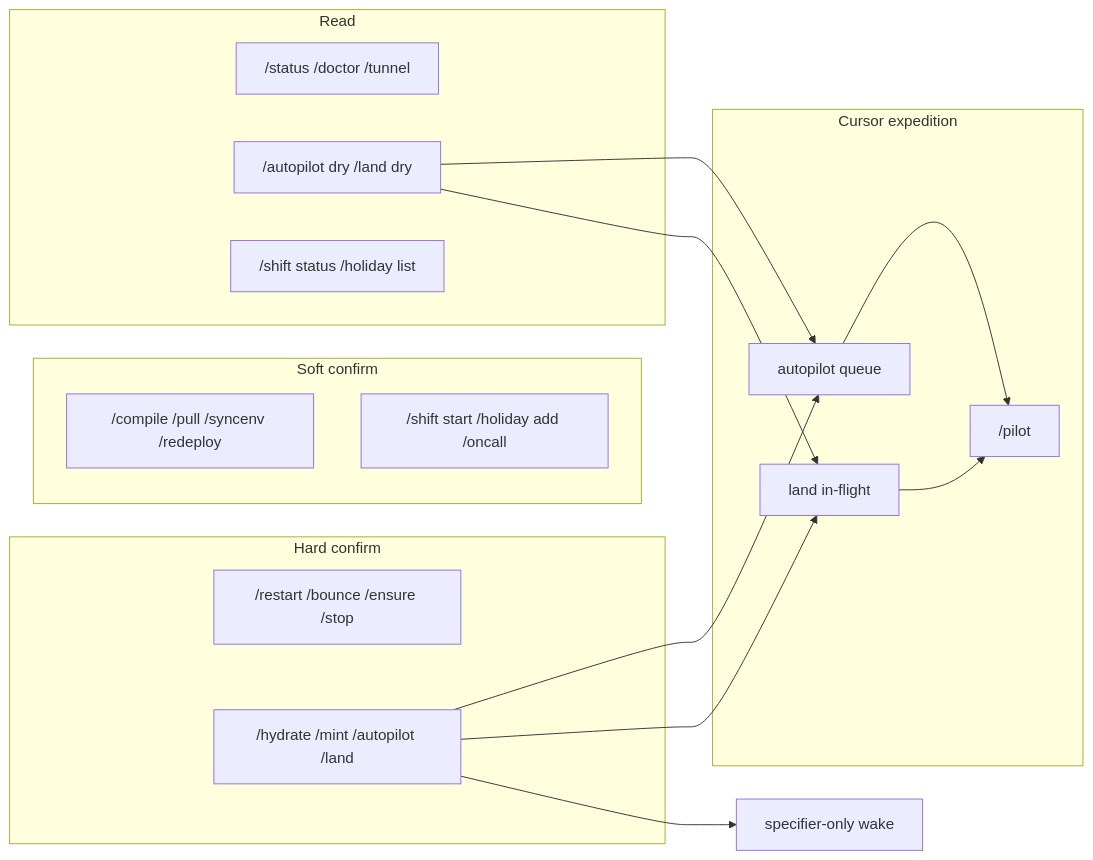
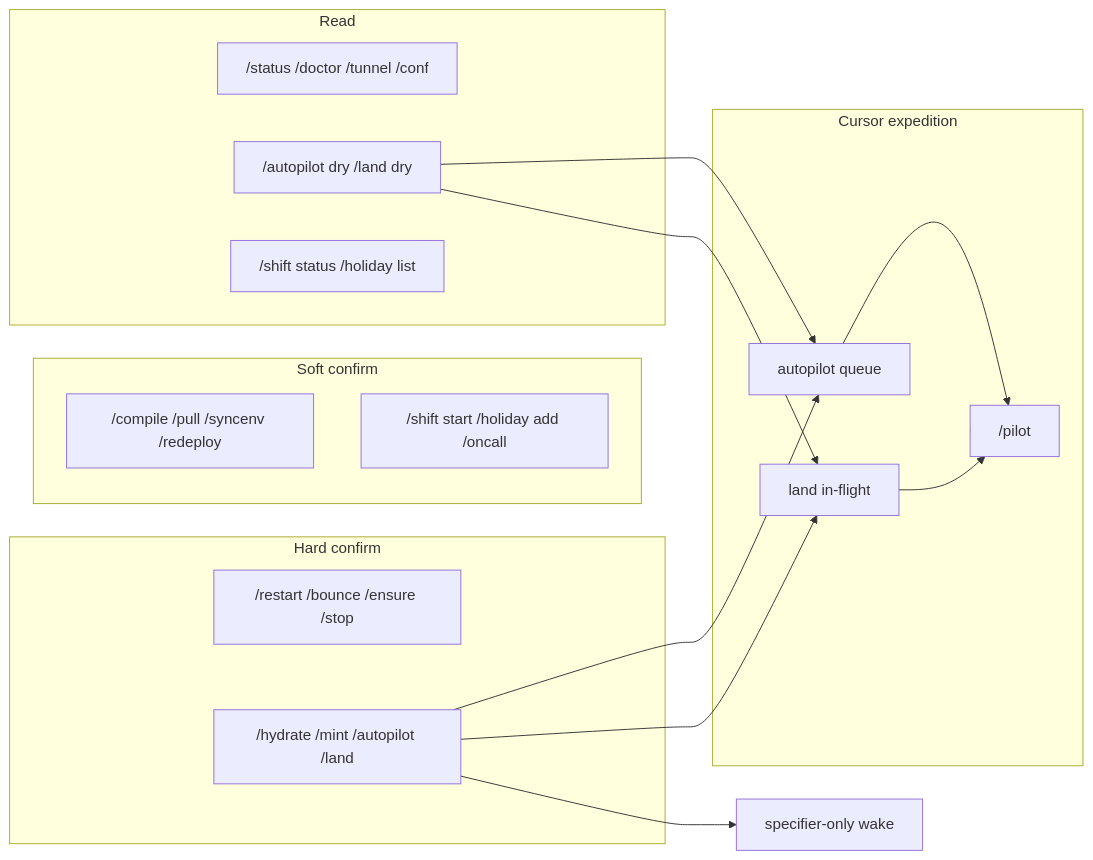
Before and after one commit to ldecorps/swarmforgevc: the diagram in docs/diagrams/operator-command-surface.mmd, drawn with Mermaid. The commit also changed 69 other files, not shown here.

```diff
--- a/docs/diagrams/operator-command-surface.mmd
+++ b/docs/diagrams/operator-command-surface.mmd
@@ -1,28 +1,28 @@
 %% BL-698 / BL-704 — operator command surface map
 flowchart LR
   subgraph read [Read]
-    status["/status /doctor /tunnel"]
+    status["/status /doctor /tunnel /conf"]
     dry["/autopilot dry /land dry"]
     shiftStatus["/shift status /holiday list"]
   end
   subgraph soft [Soft confirm]
     softV["/compile /pull /syncenv /redeploy"]
     policy["/shift start /holiday add /oncall"]
   end
   subgraph hard [Hard confirm]
     life["/restart /bounce /ensure /stop"]
     batch["/hydrate /mint /autopilot /land"]
   end
   subgraph pilot [Cursor expedition]
     p["/pilot"]
     ap["autopilot queue"]
     land["land in-flight"]
   end
   dry --> ap
   dry --> land
   batch --> ap
   batch --> land
   batch --> hydrate["specifier-only wake"]
   p --> pilot
   ap --> p
   land --> p
```
